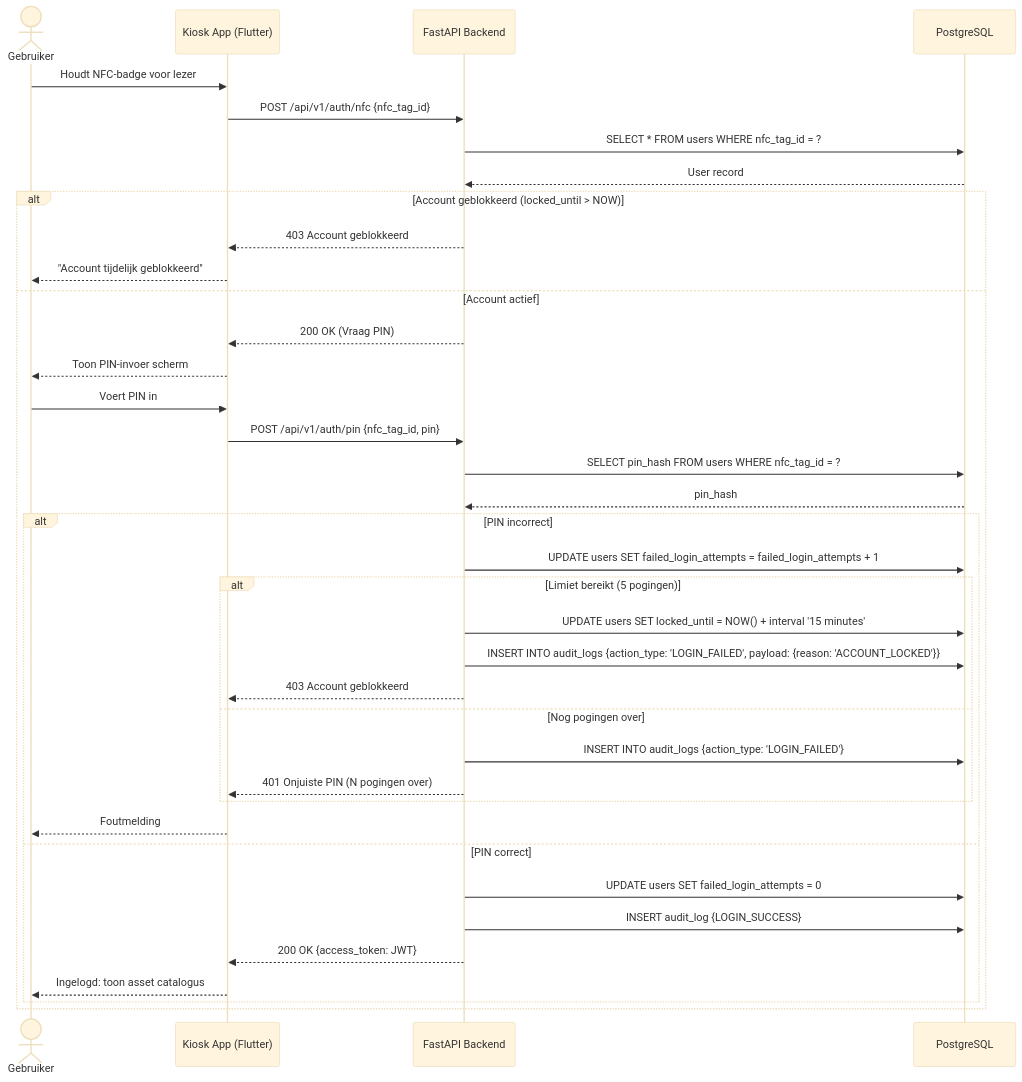
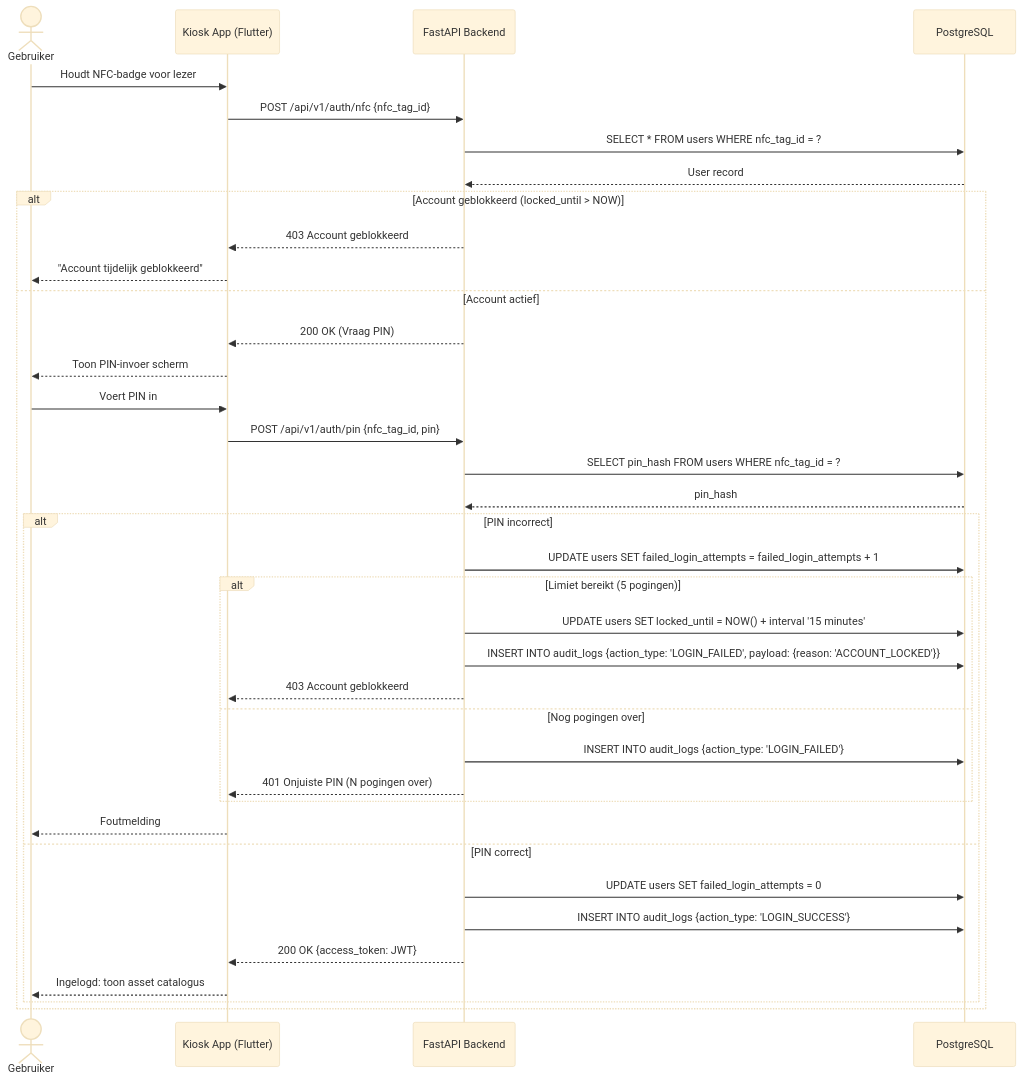
The diagram in docs/diagrams/sequence_auth.mmd (easylend-practice-enterprise/easylend), drawn with Mermaid (base theme) before and after one commit.

Commit message:
Potential fix for pull request finding

```diff
--- a/docs/diagrams/sequence_auth.mmd
+++ b/docs/diagrams/sequence_auth.mmd
@@ -1,40 +1,40 @@
 sequenceDiagram
     actor User as Gebruiker
     participant App as Kiosk App (Flutter)
     participant API as FastAPI Backend
     participant DB as PostgreSQL
 
     User->>App: Houdt NFC-badge voor lezer
     App->>API: POST /api/v1/auth/nfc {nfc_tag_id}
     API->>DB: SELECT * FROM users WHERE nfc_tag_id = ?
     DB-->>API: User record
 
     alt Account geblokkeerd (locked_until > NOW)
         API-->>App: 403 Account geblokkeerd
         App-->>User: "Account tijdelijk geblokkeerd"
     else Account actief
         API-->>App: 200 OK (Vraag PIN)
         App-->>User: Toon PIN-invoer scherm
         User->>App: Voert PIN in
         App->>API: POST /api/v1/auth/pin {nfc_tag_id, pin}
         API->>DB: SELECT pin_hash FROM users WHERE nfc_tag_id = ?
         DB-->>API: pin_hash
 
         alt PIN incorrect
             API->>DB: UPDATE users SET failed_login_attempts = failed_login_attempts + 1
                 alt Limiet bereikt (5 pogingen)
                     API->>DB: UPDATE users SET locked_until = NOW() + interval '15 minutes'
                     API->>DB: INSERT INTO audit_logs {action_type: 'LOGIN_FAILED', payload: {reason: 'ACCOUNT_LOCKED'}}
                 API-->>App: 403 Account geblokkeerd
                 else Nog pogingen over
                 API->>DB: INSERT INTO audit_logs {action_type: 'LOGIN_FAILED'}
                 API-->>App: 401 Onjuiste PIN (N pogingen over)
             end
             App-->>User: Foutmelding
         else PIN correct
             API->>DB: UPDATE users SET failed_login_attempts = 0
-            API->>DB: INSERT audit_log {LOGIN_SUCCESS}
+            API->>DB: INSERT INTO audit_logs {action_type: 'LOGIN_SUCCESS'}
             API-->>App: 200 OK {access_token: JWT}
             App-->>User: Ingelogd: toon asset catalogus
         end
     end
```
